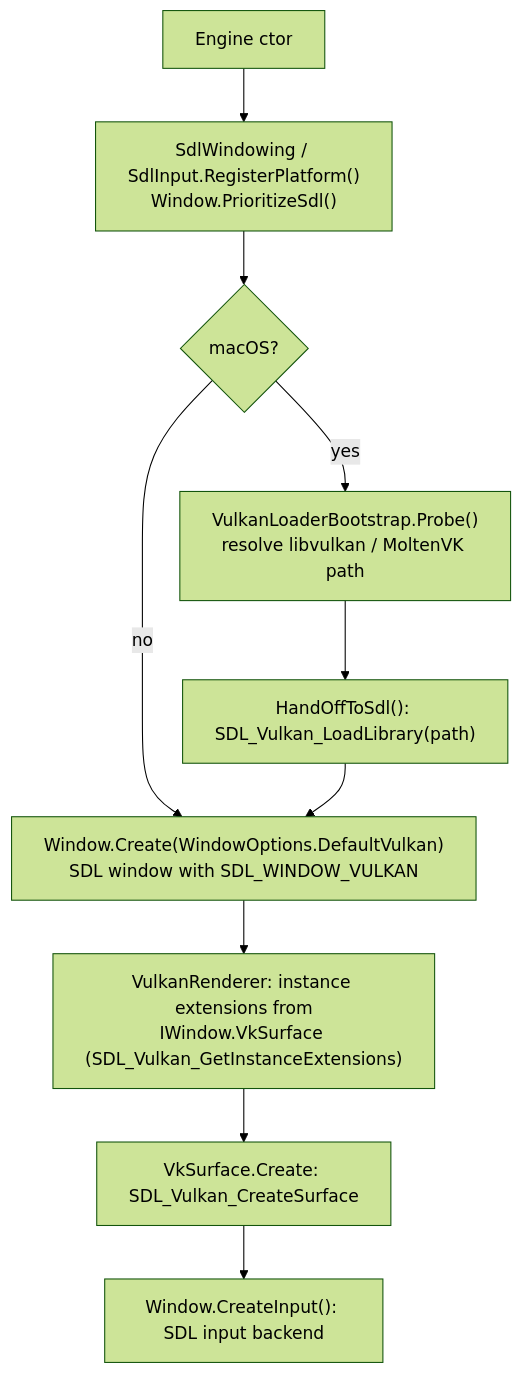
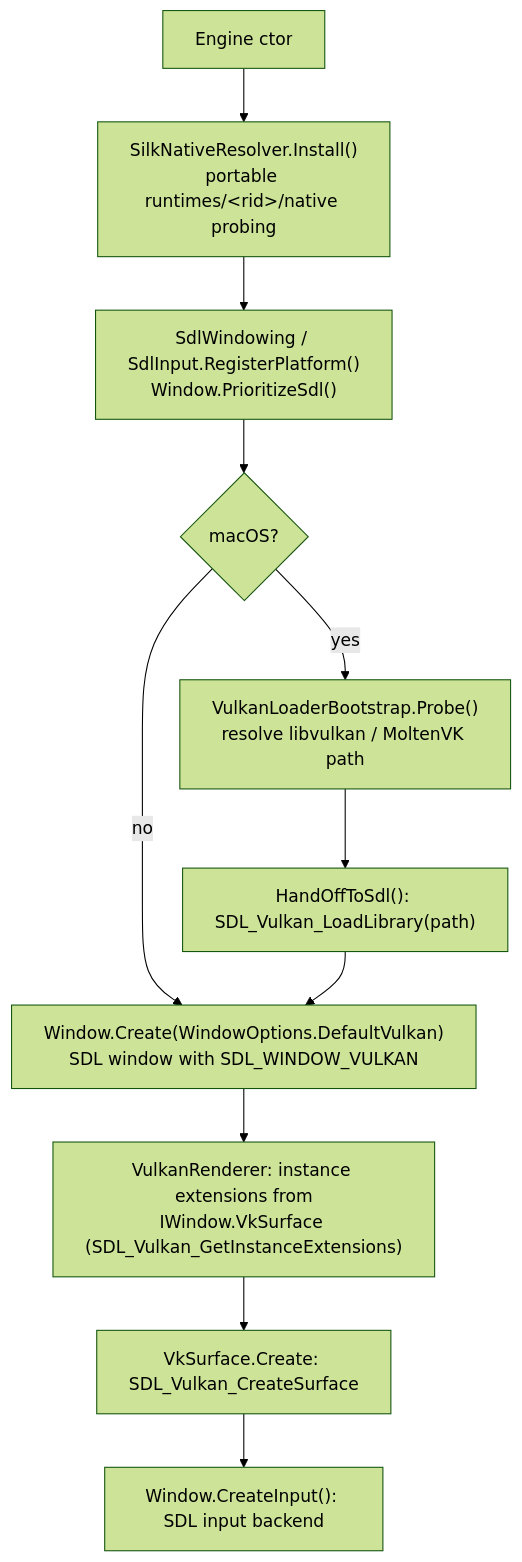
One commit to Mainframe-Games/mainframe-engine changed the first of 2 diagrams in docs/design/build-and-platforms.md. Above: the diagram before and after it, drawn with Mermaid (forest theme). The commit also changed other lines of this file and 1 other file, not shown here.

Commit message:
Infra: Allow CI runs on any branch via workflow_dispatch; document Silk native lookup

````diff
--- a/docs/design/build-and-platforms.md
+++ b/docs/design/build-and-platforms.md
@@ -124,12 +125,13 @@
 ```mermaid
 flowchart TD
-    A["Engine ctor"] --> B["SdlWindowing / SdlInput.RegisterPlatform()<br/>Window.PrioritizeSdl()"]
+    A["Engine ctor"] --> A1["SilkNativeResolver.Install()<br/>portable runtimes/&lt;rid&gt;/native probing"]
+    A1 --> B["SdlWindowing / SdlInput.RegisterPlatform()<br/>Window.PrioritizeSdl()"]
     B --> C{"macOS?"}
     C -- yes --> D["VulkanLoaderBootstrap.Probe()<br/>resolve libvulkan / MoltenVK path"]
     D --> E["HandOffToSdl(): SDL_Vulkan_LoadLibrary(path)"]
     C -- no --> F
     E --> F["Window.Create(WindowOptions.DefaultVulkan)<br/>SDL window with SDL_WINDOW_VULKAN"]
     F --> G["VulkanRenderer: instance extensions from<br/>IWindow.VkSurface (SDL_Vulkan_GetInstanceExtensions)"]
     G --> H["VkSurface.Create: SDL_Vulkan_CreateSurface"]
     H --> I["Window.CreateInput(): SDL input backend"]
 ```
````
